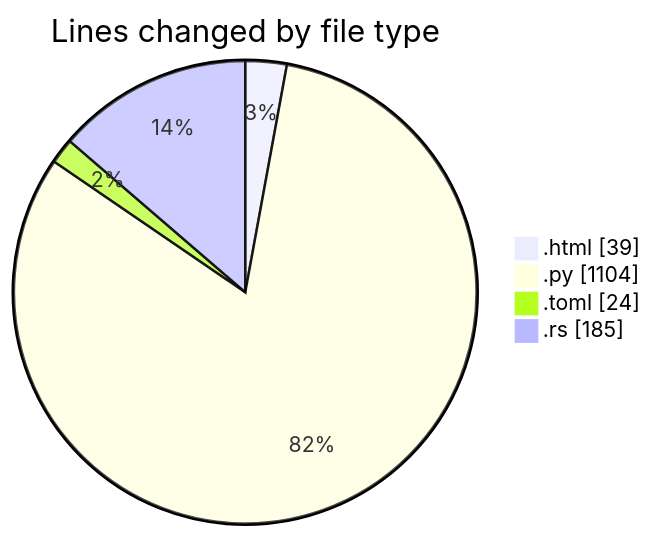
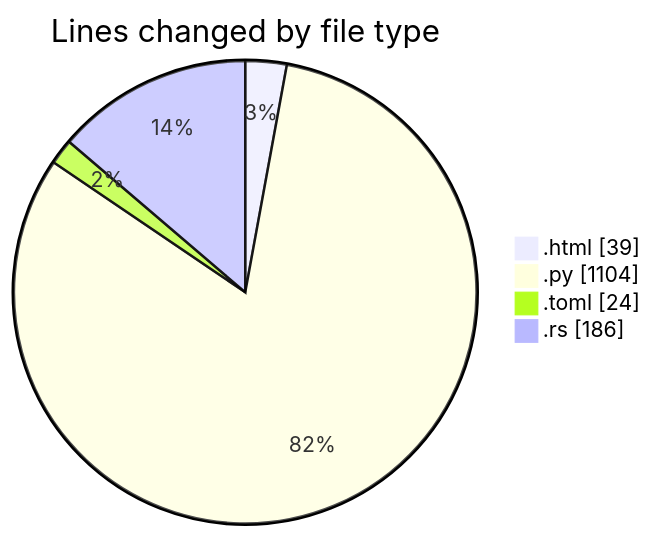
Before and after one commit to Ritupan-Deka/code-tracking: the first of 2 diagrams in 2025-06-22/___base/README.md, drawn with Mermaid. The commit also changed other lines of this file and 1 other file, not shown here.

````diff
--- a/2025-06-22/___base/README.md
+++ b/2025-06-22/___base/README.md
@@ -25,8 +25,8 @@
 ```mermaid
 pie showData
 title Lines changed by file type
 ".html" : 39
 ".py" : 1104
 ".toml" : 24
-".rs" : 185
+".rs" : 186
 ```
````
